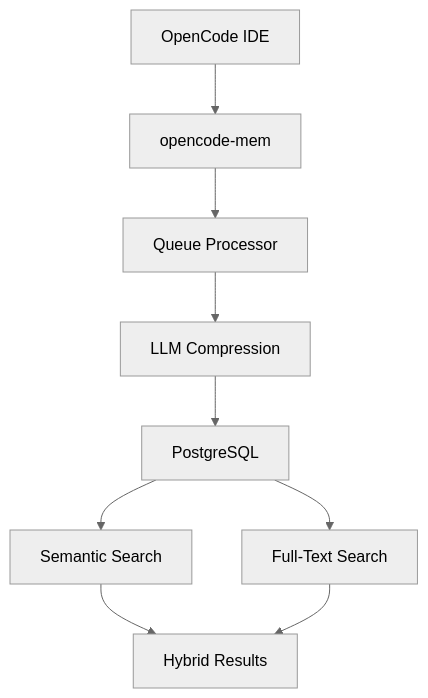
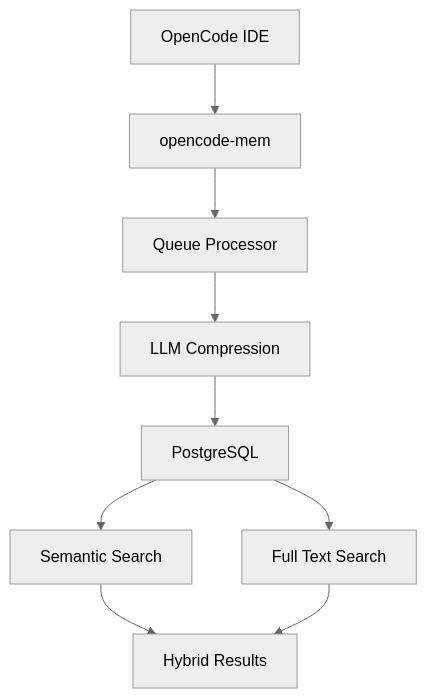
The diagram in README.md (Stranmor/opencode-mem), drawn with Mermaid (neutral theme) before and after one commit.

Commit message:
fix: remove hyphen in mermaid diagram

````diff
--- a/README.md
+++ b/README.md
@@ -50,11 +50,11 @@
 ```mermaid
 graph TD
     A[OpenCode IDE] --> B[opencode-mem]
     B --> C[Queue Processor]
     C --> D[LLM Compression]
     D --> E[PostgreSQL]
     E --> F[Semantic Search]
-    E --> G[Full-Text Search]
+    E --> G[Full Text Search]
     F --> H[Hybrid Results]
-    G --> H
+    G --> H[Hybrid Results]
 ```
````
